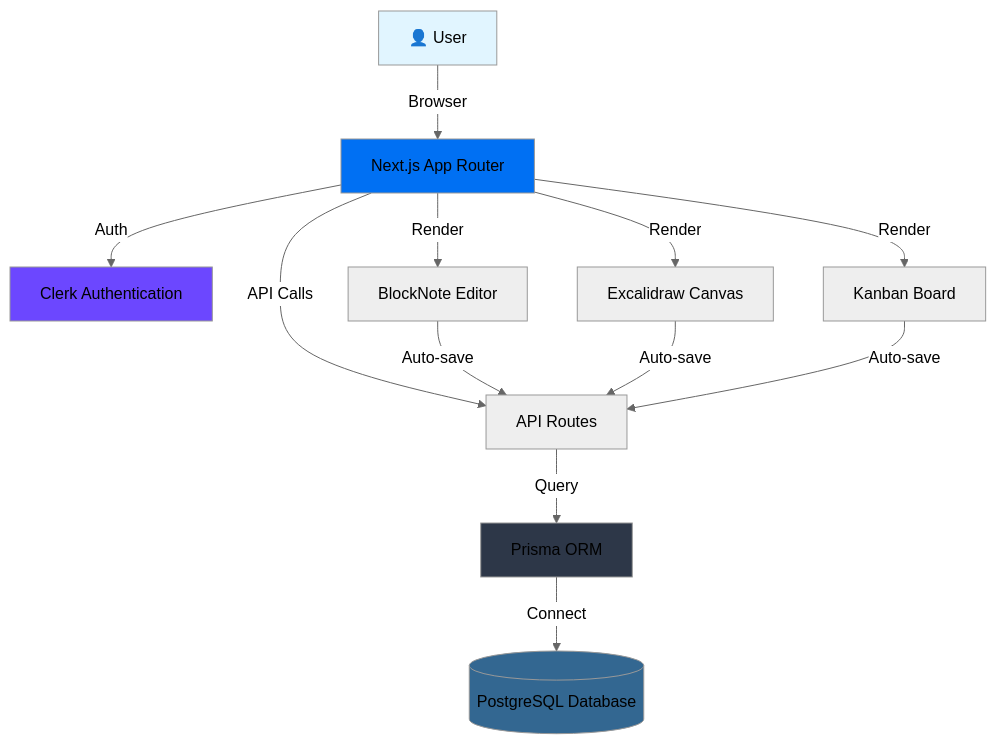
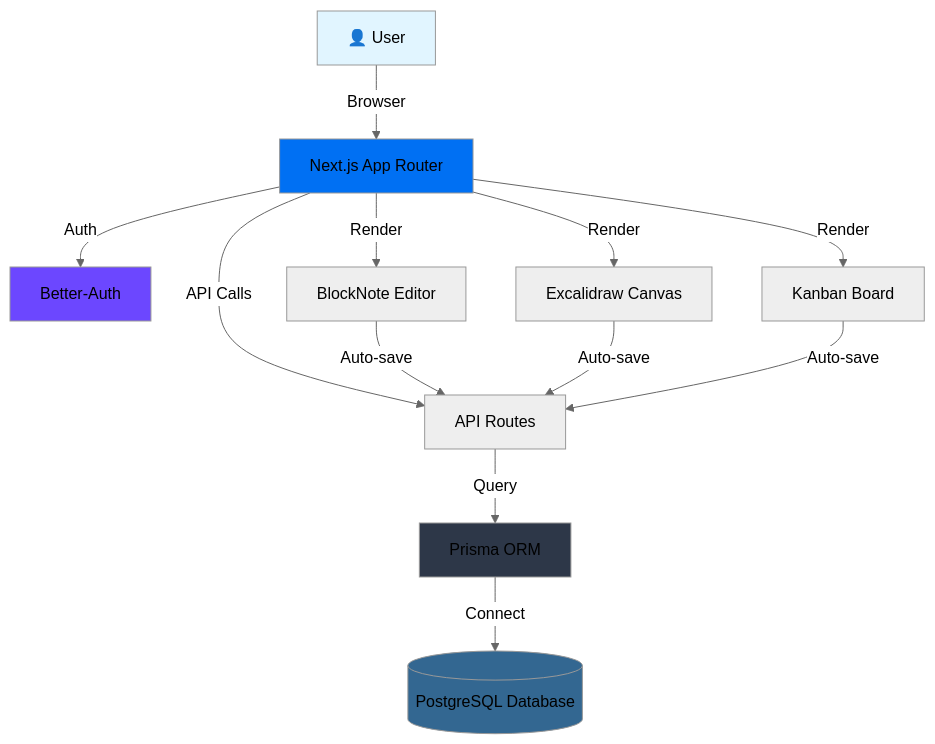
One commit to lwshakib/rethink-zone changed the diagram in README.md. Above: the diagram before and after it, drawn with Mermaid (neutral theme). The commit also changed other lines of this file and 19 other files, not shown here.

````diff
--- a/README.md
+++ b/README.md
@@ -98,22 +98,22 @@
 ```mermaid
 flowchart TB
     User[👤 User] -->|Browser| NextJS[Next.js App Router]
-    NextJS -->|Auth| Clerk[Clerk Authentication]
+    NextJS -->|Auth| BetterAuth[Better-Auth]
     NextJS -->|API Calls| APIRoutes[API Routes]
     APIRoutes -->|Query| Prisma[Prisma ORM]
     Prisma -->|Connect| Postgres[(PostgreSQL Database)]
-    
+
     NextJS -->|Render| BlockNote[BlockNote Editor]
     NextJS -->|Render| Excalidraw[Excalidraw Canvas]
     NextJS -->|Render| Kanban[Kanban Board]
-    
+
     BlockNote -->|Auto-save| APIRoutes
     Excalidraw -->|Auto-save| APIRoutes
     Kanban -->|Auto-save| APIRoutes
-    
+
     style User fill:#e1f5ff
     style NextJS fill:#0070f3
-    style Clerk fill:#6c47ff
+    style BetterAuth fill:#6c47ff
     style Postgres fill:#336791
     style Prisma fill:#2d3748
 ```
````
